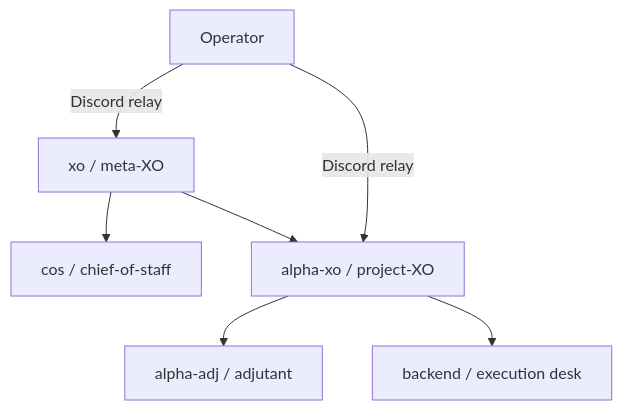
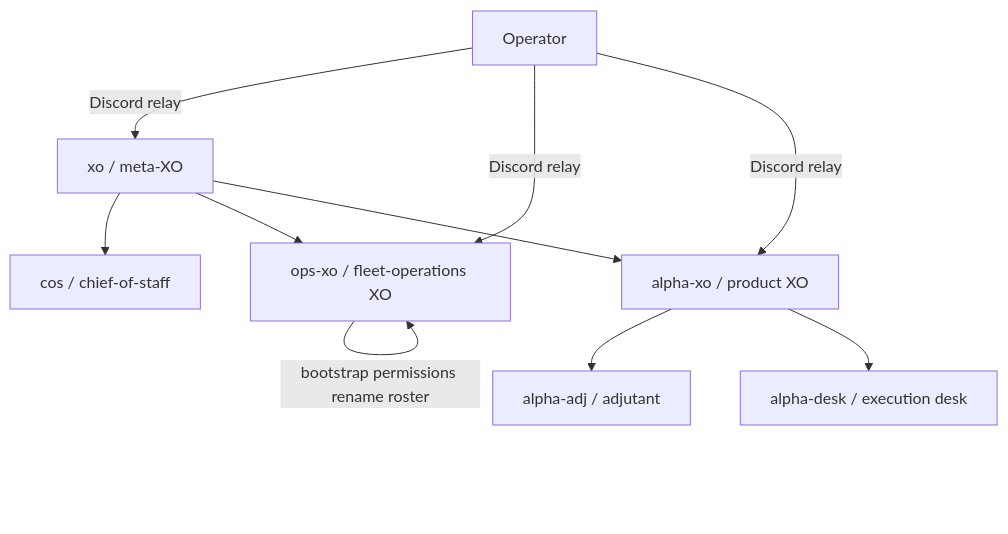
The diagram in openspec/changes/fleet-bootstrap-standup/design.md (jim80net/flotilla), drawn with Mermaid before and after one commit. The commit also changed other lines of this file and 4 other files, not shown here.

First line of the commit message:
fix(bootstrap): address cubic P2/P3 + ops-xo authority boundary

````diff
--- a/openspec/changes/fleet-bootstrap-standup/design.md
+++ b/openspec/changes/fleet-bootstrap-standup/design.md
@@ -19,16 +24,20 @@
 ```mermaid
 flowchart TB
   OP[Operator]
   COS[cos / chief-of-staff]
   META[xo / meta-XO]
-  PXO[alpha-xo / project-XO]
+  OPS[ops-xo / fleet-operations XO]
+  PXO[alpha-xo / product XO]
   ADJ[alpha-adj / adjutant]
-  DESK[backend / execution desk]
+  DESK[alpha-desk / execution desk]
 
   OP -->|Discord relay| META
+  OP -->|Discord relay| OPS
   OP -->|Discord relay| PXO
   META --> COS
+  META --> OPS
   META --> PXO
+  OPS -->|bootstrap permissions rename roster| OPS
   PXO --> ADJ
   PXO --> DESK
 ```
````
